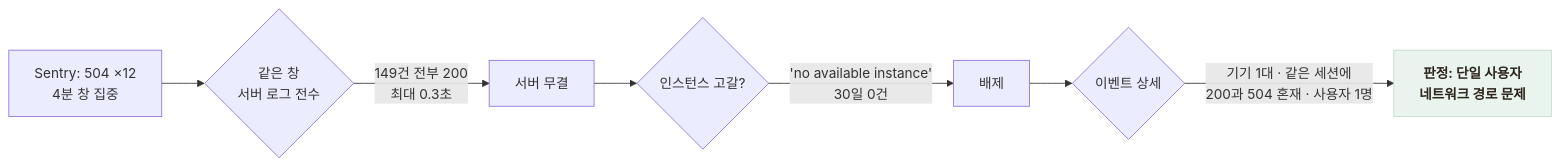
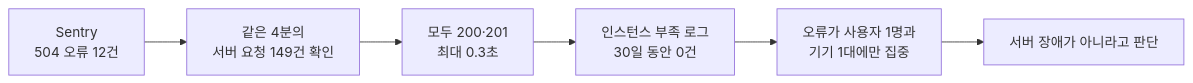
The diagram in public/mds/katsu-map/ts-4-sentry504.md (Jinacker/PortFolio), drawn with Mermaid before and after one commit. The commit also changed other lines of this file and 8 other files, not shown here.

````diff
--- a/public/mds/katsu-map/ts-4-sentry504.md
+++ b/public/mds/katsu-map/ts-4-sentry504.md
@@ -22,11 +22,8 @@
 ```mermaid
 flowchart LR
-    S["Sentry: 504 ×12<br/>4분 창 집중"] --> Q1{"같은 창<br/>서버 로그 전수"}
-    Q1 -->|"149건 전부 200<br/>최대 0.3초"| N["서버 무결"]
-    N --> Q2{"인스턴스 고갈?"}
-    Q2 -->|"'no available instance'<br/>30일 0건"| N2["배제"]
-    N2 --> Q3{"이벤트 상세"}
-    Q3 -->|"기기 1대 · 같은 세션에<br/>200과 504 혼재 · 사용자 1명"| V["<b>판정: 단일 사용자<br/>네트워크 경로 문제</b>"]
-
-    style V fill:#EAF4EE,stroke:#BFDCCB,color:#2E251C
+    A["Sentry<br/>504 오류 12건"] --> B["같은 4분의<br/>서버 요청 149건 확인"]
+    B --> C["모두 200·201<br/>최대 0.3초"]
+    C --> D["인스턴스 부족 로그<br/>30일 동안 0건"]
+    D --> E["오류가 사용자 1명과<br/>기기 1대에만 집중"]
+    E --> F["서버 장애가 아니라고 판단"]
 ```
````
